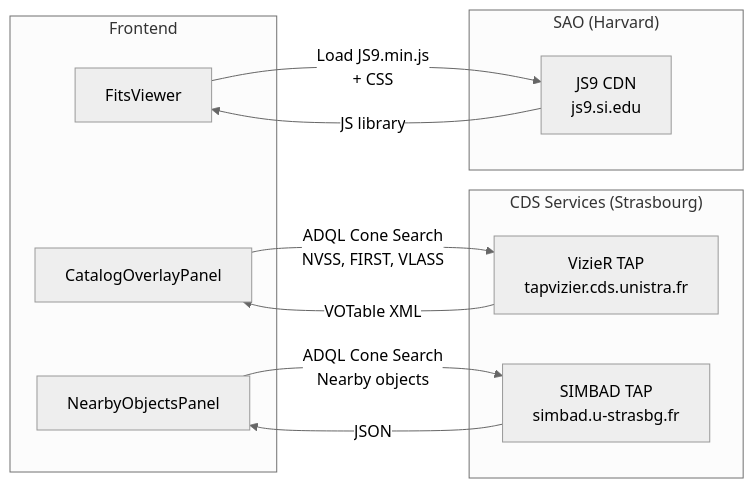
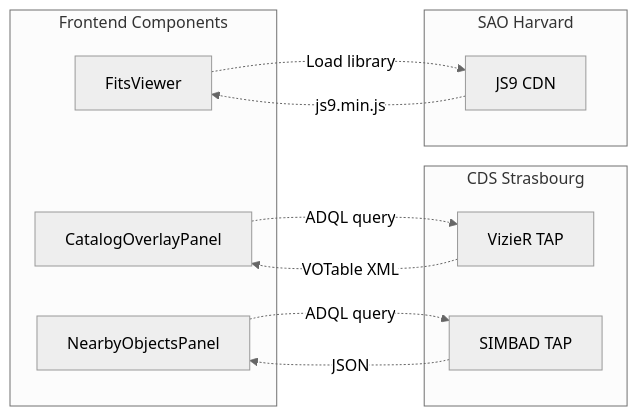
The fifth of 8 diagrams in frontend/docs/ARCHITECTURE.md (dsa110/dsa110-contimg), drawn with Mermaid (neutral theme) before and after one commit. The commit also changed other lines of this file and 1 other file, not shown here.

````diff
--- a/frontend/docs/ARCHITECTURE.md
+++ b/frontend/docs/ARCHITECTURE.md
@@ -205,25 +168,25 @@
 ```mermaid
 flowchart LR
-    subgraph Frontend
+    subgraph Frontend["Frontend Components"]
+        FV["FitsViewer"]
         COP["CatalogOverlayPanel"]
         NOP["NearbyObjectsPanel"]
-        FV["FitsViewer"]
     end
-    
-    subgraph CDS["CDS Services (Strasbourg)"]
-        VZ["VizieR TAP<br/>tapvizier.cds.unistra.fr"]
-        SB["SIMBAD TAP<br/>simbad.u-strasbg.fr"]
+
+    subgraph CDS["CDS Strasbourg"]
+        VZ["VizieR TAP"]
+        SB["SIMBAD TAP"]
     end
-    
-    subgraph SAO["SAO (Harvard)"]
-        JS9["JS9 CDN<br/>js9.si.edu"]
+
+    subgraph SAO["SAO Harvard"]
+        JS9["JS9 CDN"]
     end
-    
-    COP -->|"ADQL Cone Search<br/>NVSS, FIRST, VLASS"| VZ
-    NOP -->|"ADQL Cone Search<br/>Nearby objects"| SB
-    FV -->|"Load JS9.min.js<br/>+ CSS"| JS9
-    
-    VZ -->|"VOTable XML"| COP
-    SB -->|"JSON"| NOP
-    JS9 -->|"JS library"| FV
+
+    FV -.->|"Load library"| JS9
+    COP -.->|"ADQL query"| VZ
+    NOP -.->|"ADQL query"| SB
+
+    JS9 -.->|"js9.min.js"| FV
+    VZ -.->|"VOTable XML"| COP
+    SB -.->|"JSON"| NOP
 ```
````
